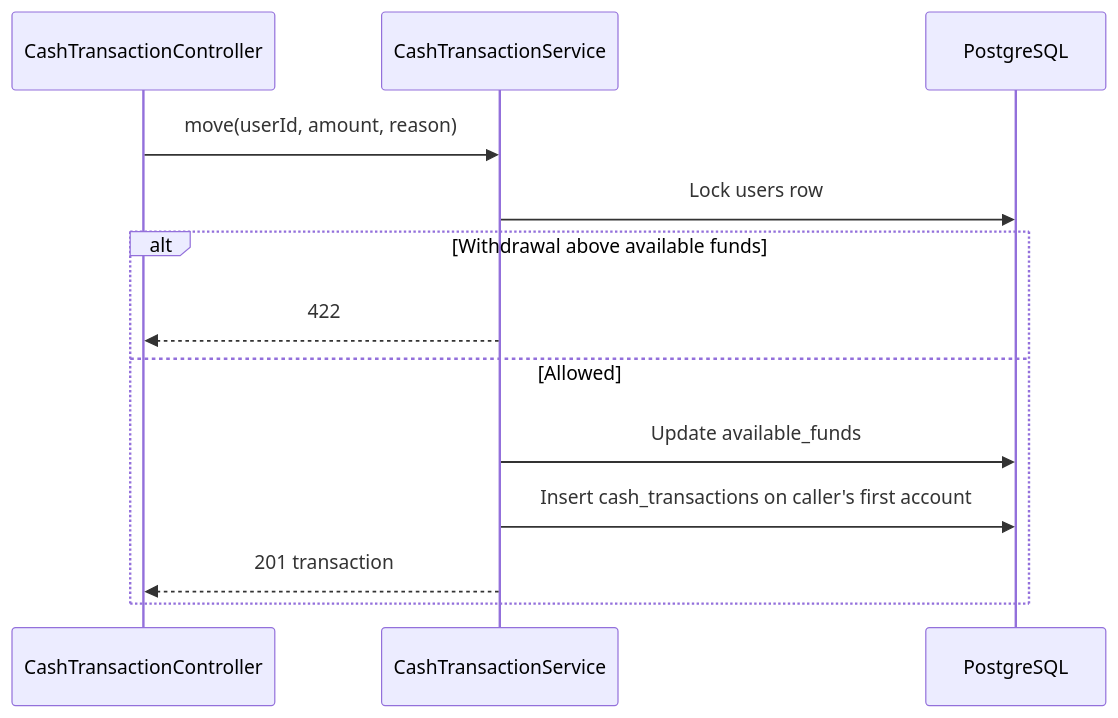
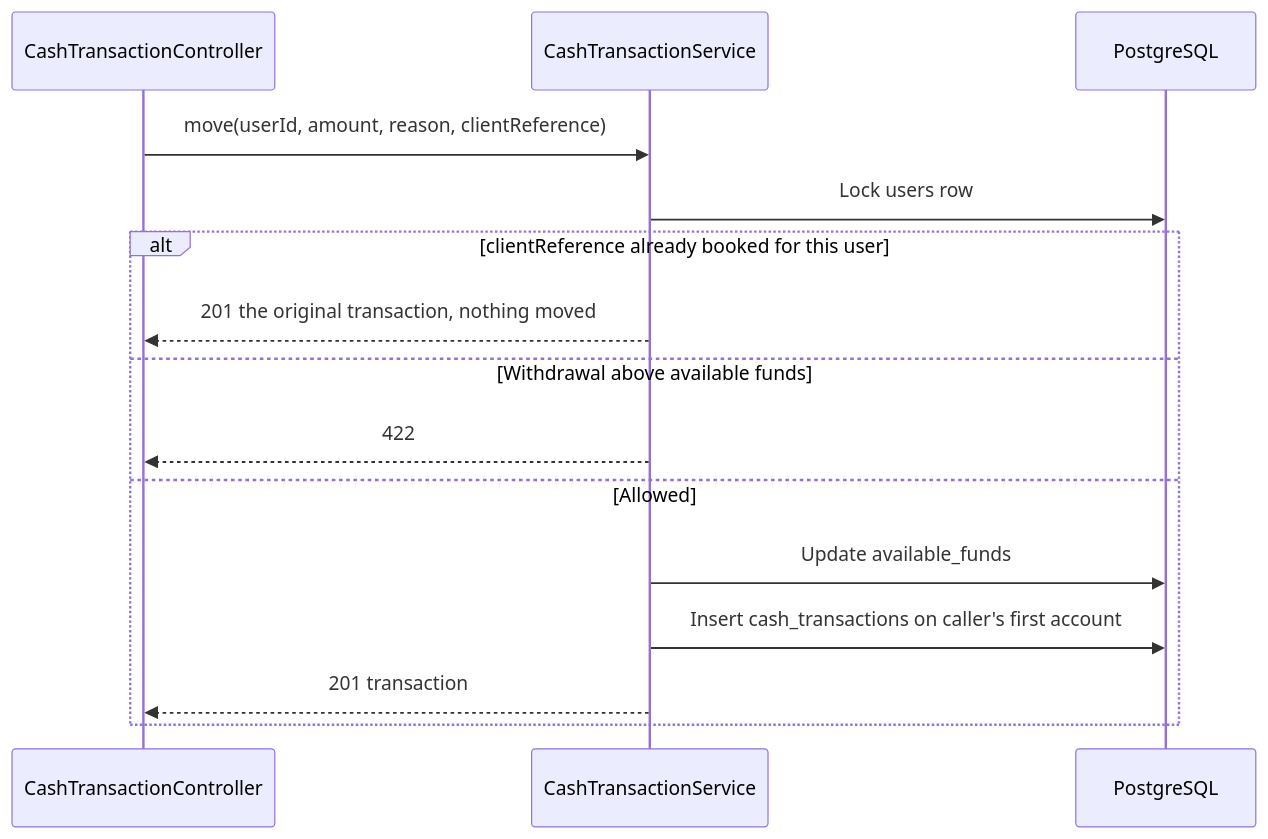
The third of 5 diagrams in apps/holdings-and-trade-service/README.md (seankcheema/trading-season), drawn with Mermaid before and after one commit. The commit also changed other lines of this file and 246 other files, not shown here.

````diff
--- a/apps/holdings-and-trade-service/README.md
+++ b/apps/holdings-and-trade-service/README.md
@@ -121,16 +124,18 @@
 ```mermaid
 sequenceDiagram
     participant C as CashTransactionController
     participant S as CashTransactionService
     participant DB as PostgreSQL
 
-    C->>S: move(userId, amount, reason)
+    C->>S: move(userId, amount, reason, clientReference)
     S->>DB: Lock users row
-    alt Withdrawal above available funds
+    alt clientReference already booked for this user
+        S-->>C: 201 the original transaction, nothing moved
+    else Withdrawal above available funds
         S-->>C: 422
     else Allowed
         S->>DB: Update available_funds
         S->>DB: Insert cash_transactions on caller's first account
         S-->>C: 201 transaction
     end
 ```
````
